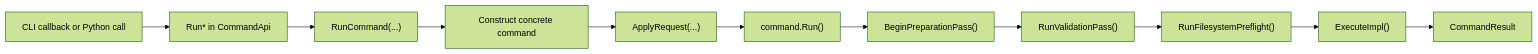
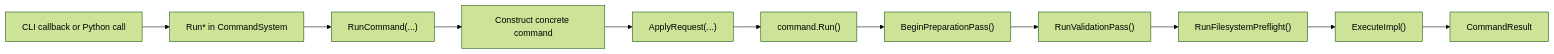
The diagram in docs/developer/architecture/command-architecture.md (yslianTim/rhbm_gem), drawn with Mermaid (forest theme) before and after one commit. The commit also changed other lines of this file and 5 other files, not shown here.

Commit message:
Remove CommandCLI.cpp

````diff
--- a/docs/developer/architecture/command-architecture.md
+++ b/docs/developer/architecture/command-architecture.md
@@ -89,13 +88,13 @@
 ```mermaid
 flowchart LR
-    A["CLI callback or Python call"] --> B["Run* in CommandApi"]
+    A["CLI callback or Python call"] --> B["Run* in CommandSystem"]
     B --> C["RunCommand(...)"]
     C --> D["Construct concrete command"]
     D --> E["ApplyRequest(...)"]
     E --> F["command.Run()"]
     F --> G["BeginPreparationPass()"]
     G --> H["RunValidationPass()"]
     H --> I["RunFilesystemPreflight()"]
     I --> J["ExecuteImpl()"]
     J --> K["CommandResult"]
 ```
````
